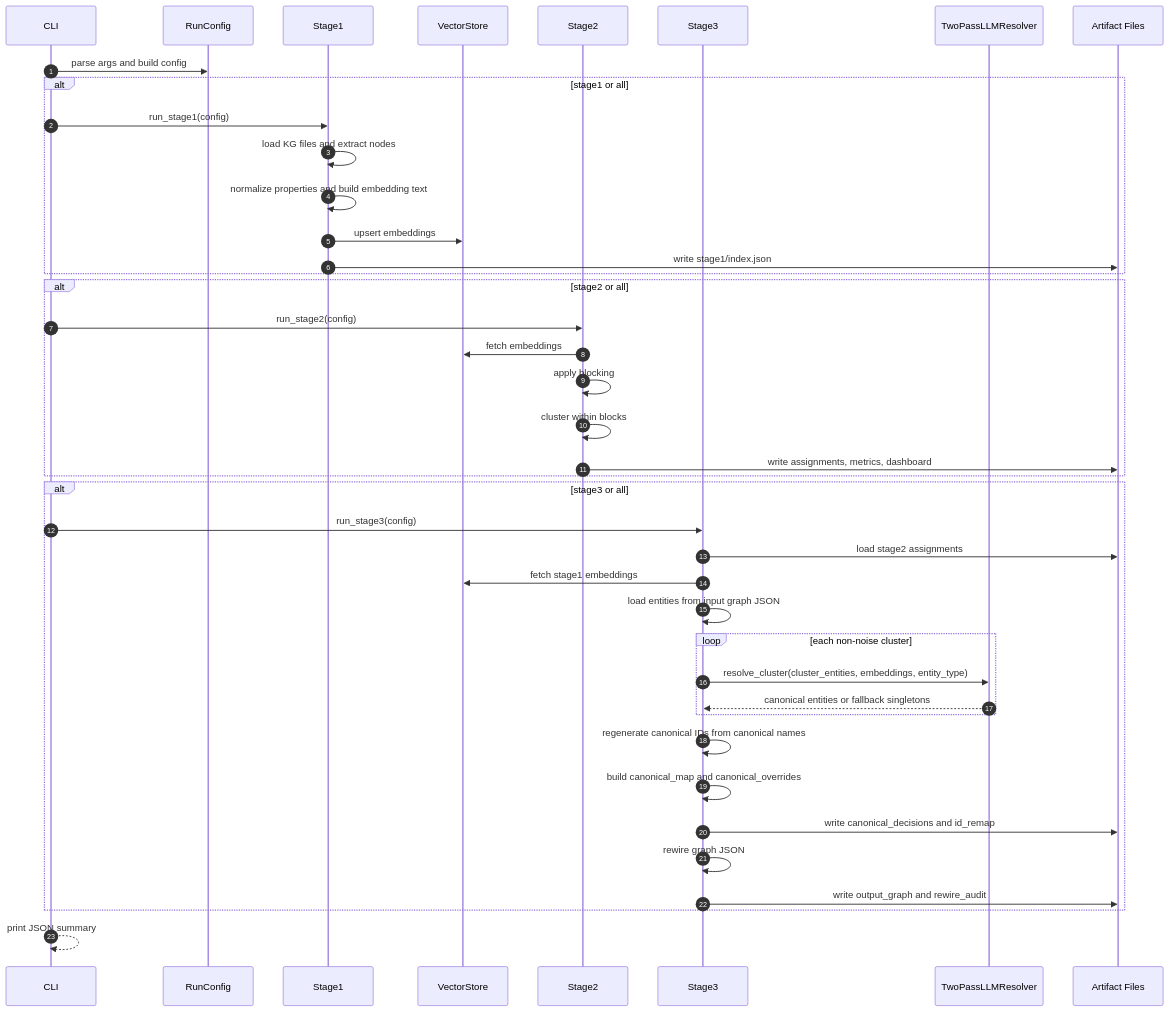
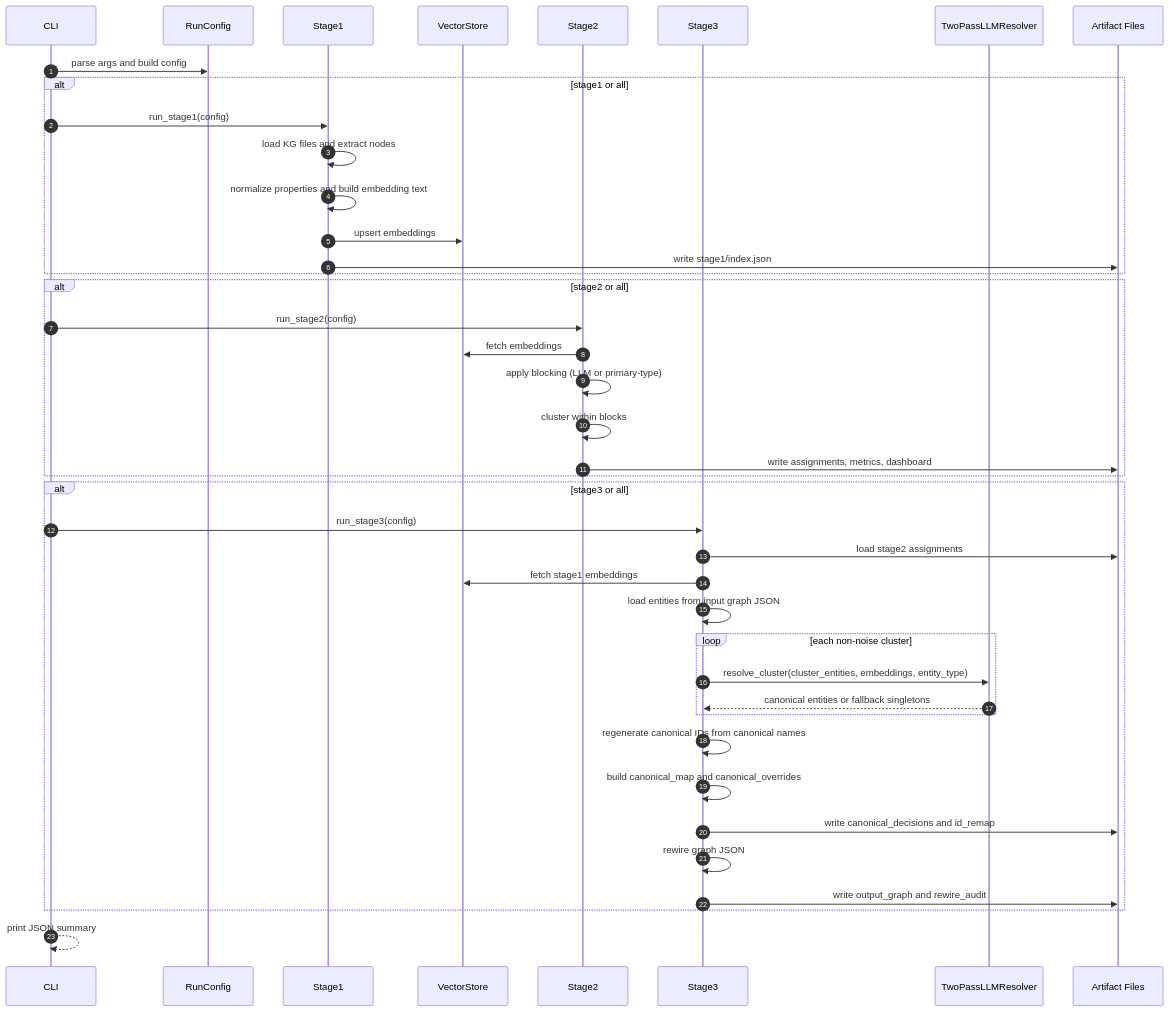
One commit to quyen20345/KGsAuto changed the third of 15 diagrams in services/entity_resolution/README.md. Above: the diagram before and after it, drawn with Mermaid. The commit also changed other lines of this file and 72 other files, not shown here.

````diff
--- a/services/entity_resolution/README.md
+++ b/services/entity_resolution/README.md
@@ -199,48 +199,48 @@
 ```mermaid
 sequenceDiagram
     autonumber
     participant CLI as CLI
     participant CFG as RunConfig
     participant S1 as Stage1
     participant VS as VectorStore
     participant S2 as Stage2
     participant S3 as Stage3
     participant LLM as TwoPassLLMResolver
     participant FS as Artifact Files
 
     CLI->>CFG: parse args and build config
 
     alt stage1 or all
         CLI->>S1: run_stage1(config)
         S1->>S1: load KG files and extract nodes
         S1->>S1: normalize properties and build embedding text
         S1->>VS: upsert embeddings
         S1->>FS: write stage1/index.json
     end
 
     alt stage2 or all
         CLI->>S2: run_stage2(config)
         S2->>VS: fetch embeddings
-        S2->>S2: apply blocking
+        S2->>S2: apply blocking (LLM or primary-type)
         S2->>S2: cluster within blocks
         S2->>FS: write assignments, metrics, dashboard
     end
 
     alt stage3 or all
         CLI->>S3: run_stage3(config)
         S3->>FS: load stage2 assignments
         S3->>VS: fetch stage1 embeddings
         S3->>S3: load entities from input graph JSON
         loop each non-noise cluster
             S3->>LLM: resolve_cluster(cluster_entities, embeddings, entity_type)
             LLM-->>S3: canonical entities or fallback singletons
         end
         S3->>S3: regenerate canonical IDs from canonical names
         S3->>S3: build canonical_map and canonical_overrides
         S3->>FS: write canonical_decisions and id_remap
         S3->>S3: rewire graph JSON
         S3->>FS: write output_graph and rewire_audit
     end
 
     CLI-->>CLI: print JSON summary
 ```
````
